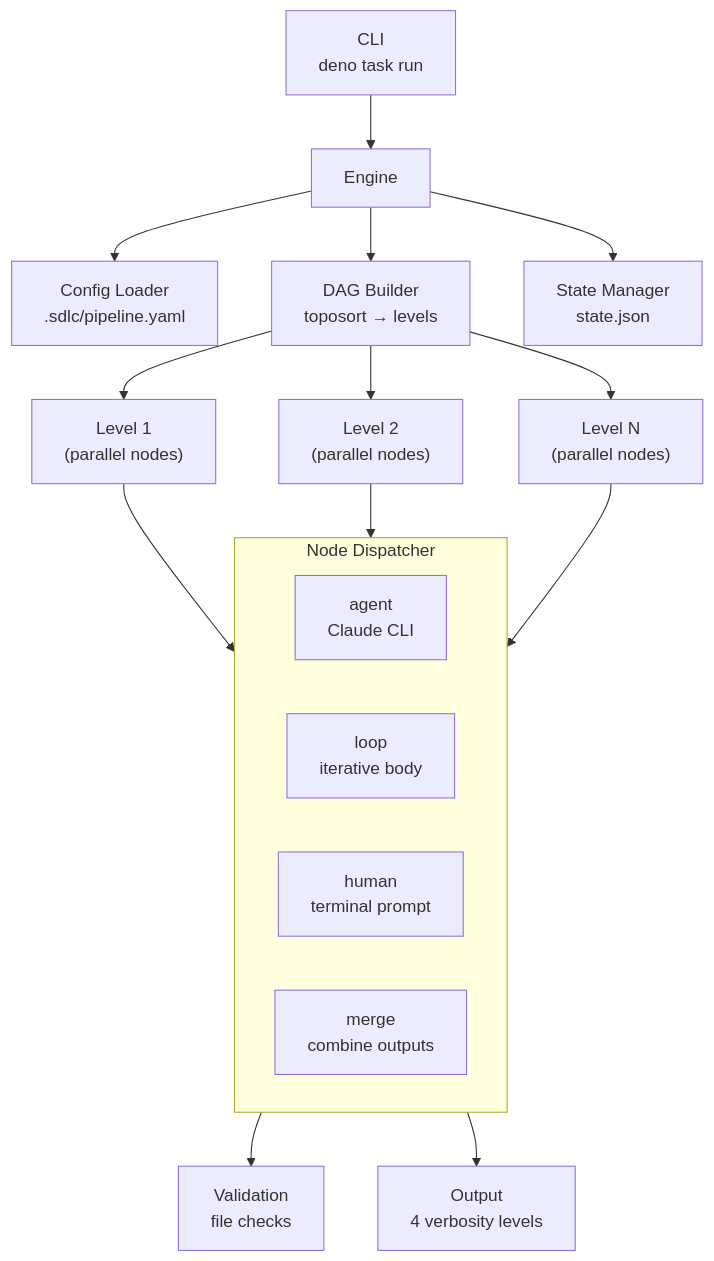
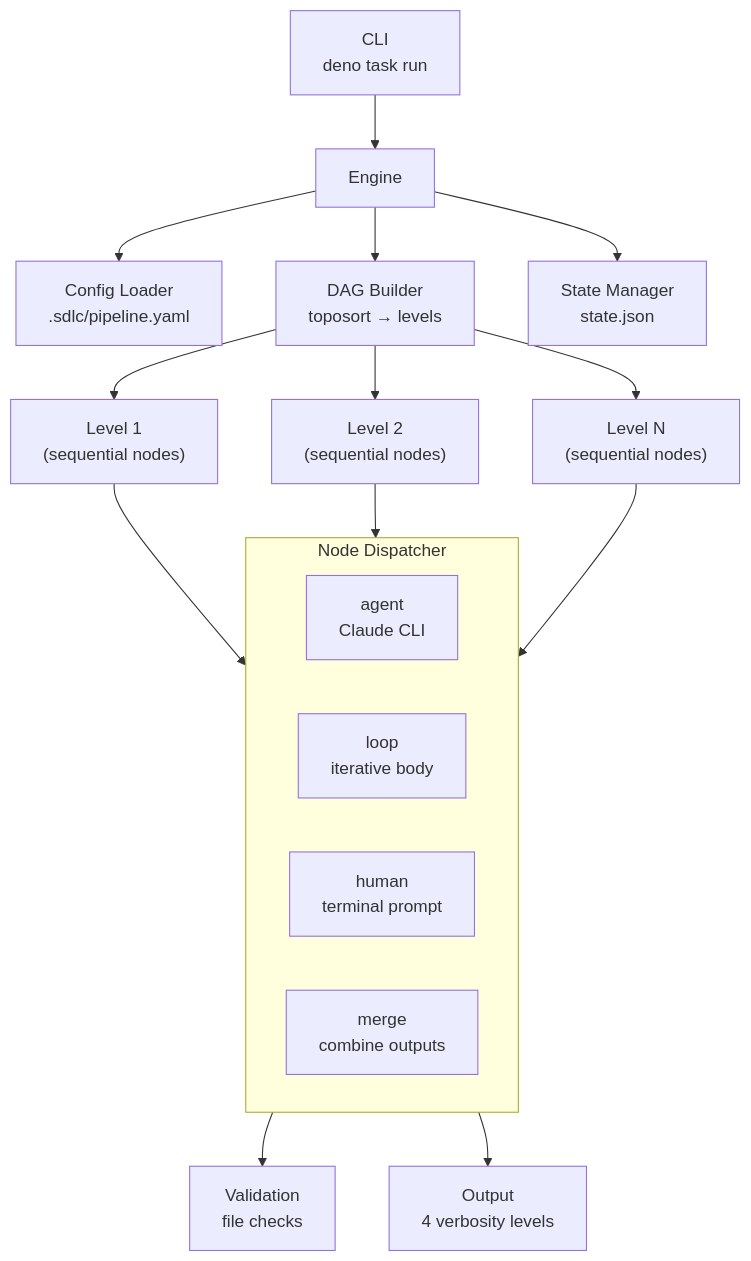
The second of 3 diagrams in documents/design.md (korchasa/auto-flow), drawn with Mermaid before and after one commit. The commit also changed other lines of this file and 4 other files, not shown here.

````diff
--- a/documents/design.md
+++ b/documents/design.md
@@ -36,25 +36,25 @@
 ```mermaid
 graph TD
     CLI["CLI<br/>deno task run"] --> Engine
     Engine --> Config["Config Loader<br/>.sdlc/pipeline.yaml"]
     Engine --> DAG["DAG Builder<br/>toposort → levels"]
     Engine --> State["State Manager<br/>state.json"]
 
-    DAG --> L1["Level 1<br/>(parallel nodes)"]
-    DAG --> L2["Level 2<br/>(parallel nodes)"]
-    DAG --> LN["Level N<br/>(parallel nodes)"]
+    DAG --> L1["Level 1<br/>(sequential nodes)"]
+    DAG --> L2["Level 2<br/>(sequential nodes)"]
+    DAG --> LN["Level N<br/>(sequential nodes)"]
 
     L1 --> Dispatch
     L2 --> Dispatch
     LN --> Dispatch
 
     subgraph Dispatch["Node Dispatcher"]
         Agent["agent<br/>Claude CLI"]
         Loop["loop<br/>iterative body"]
         Human["human<br/>terminal prompt"]
         Merge["merge<br/>combine outputs"]
     end
 
     Dispatch --> Validate["Validation<br/>file checks"]
     Dispatch --> Output["Output<br/>4 verbosity levels"]
 ```
````
